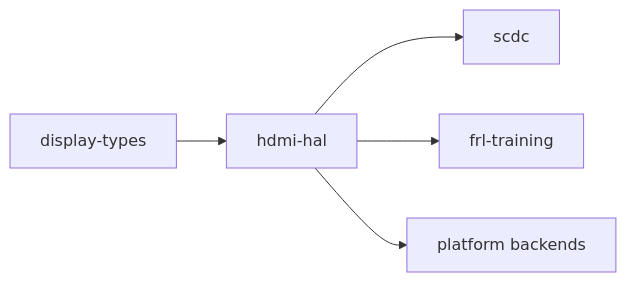
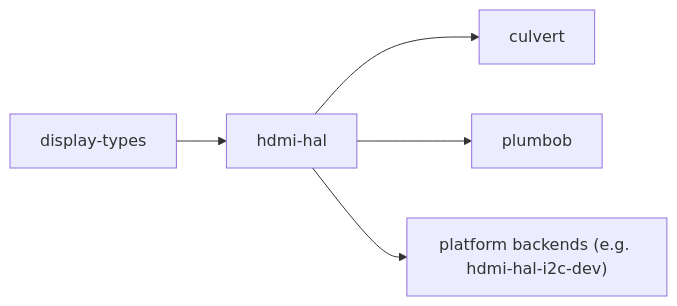
One commit to DracoWhitefire/hdmi-hal changed the diagram in README.md. Above: the diagram before and after it, drawn with Mermaid. The commit also changed other lines of this file and 1 other file, not shown here.

Commit message:
Describe the read signature, crate names and async companion

````diff
--- a/README.md
+++ b/README.md
@@ -57,13 +57,13 @@
 ```mermaid
 flowchart LR
     dt["display-types"]
     hal["hdmi-hal"]
-    scdc["scdc"]
-    frl["frl-training"]
-    be["platform backends"]
+    culvert["culvert"]
+    plumbob["plumbob"]
+    be["platform backends (e.g. hdmi-hal-i2c-dev)"]
 
     dt --> hal
-    hal --> scdc
-    hal --> frl
+    hal --> culvert
+    hal --> plumbob
     hal --> be
 ```
````
